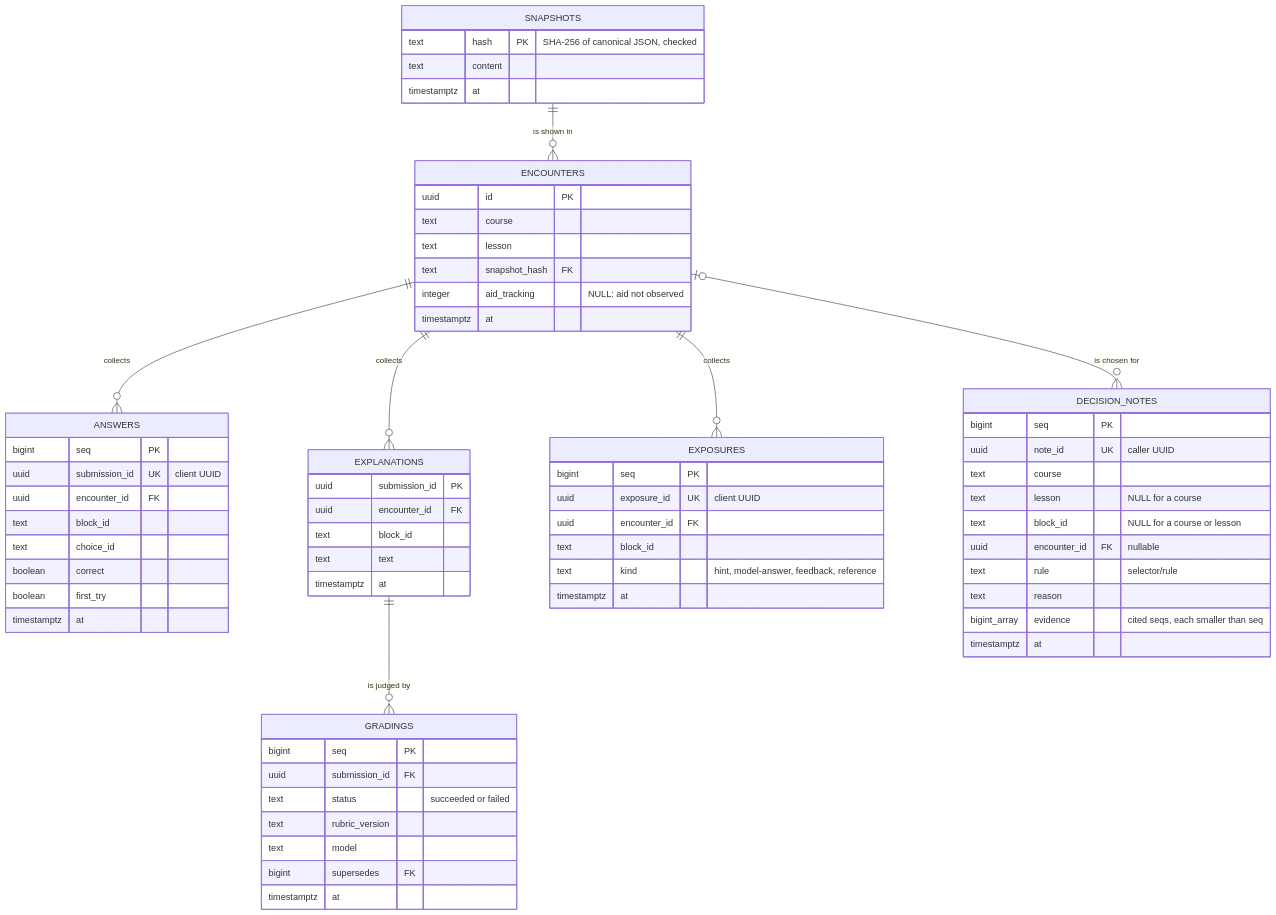
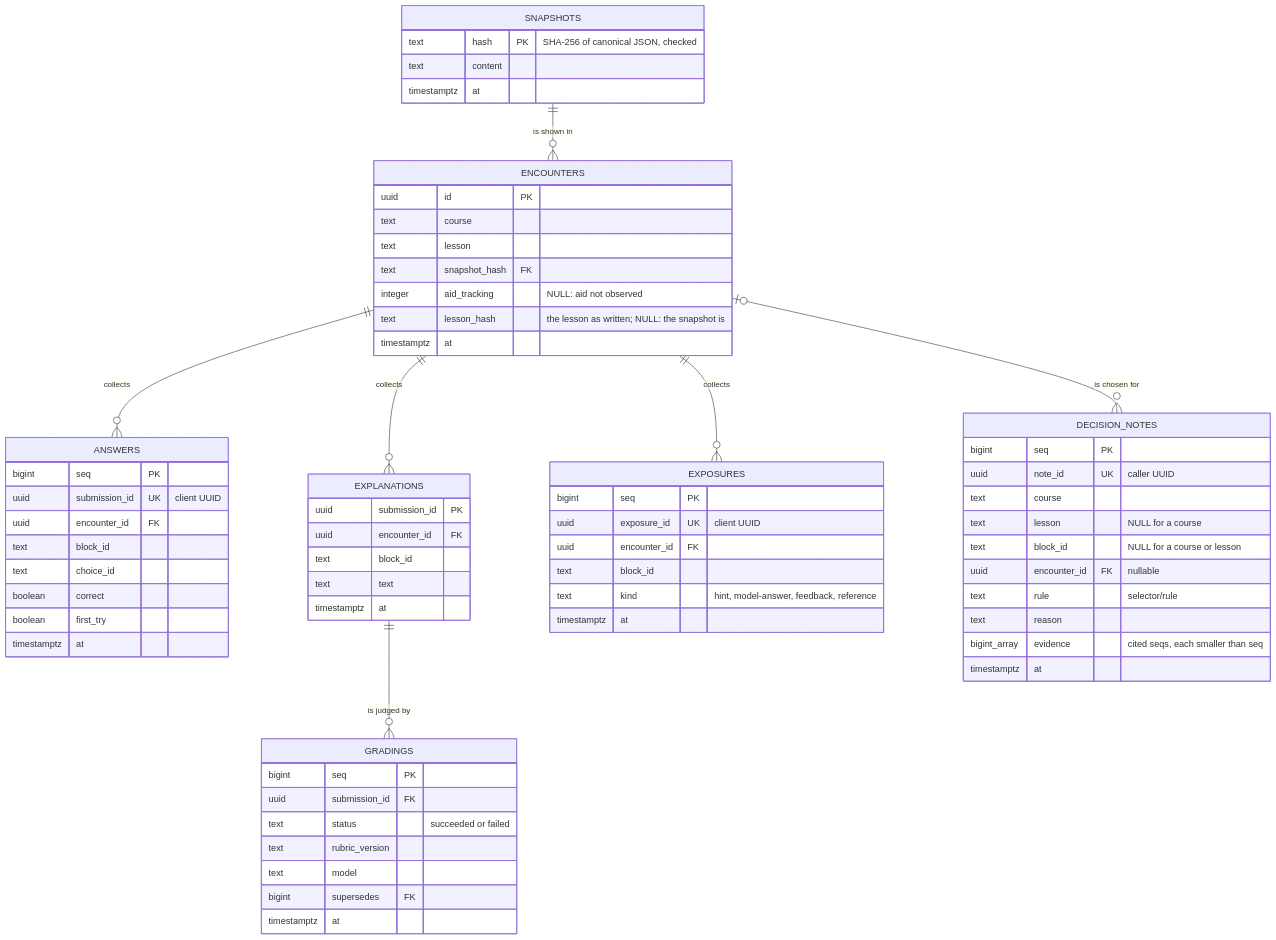
Before and after one commit to flyingrobots/school: the second of 3 diagrams in docs/topics/architecture/README.md, drawn with Mermaid. The commit also changed other lines of this file and 24 other files, not shown here.

````diff
--- a/docs/topics/architecture/README.md
+++ b/docs/topics/architecture/README.md
@@ -171,68 +180,69 @@
 ```mermaid
 erDiagram
     SNAPSHOTS ||--o{ ENCOUNTERS : "is shown in"
     ENCOUNTERS ||--o{ ANSWERS : "collects"
     ENCOUNTERS ||--o{ EXPLANATIONS : "collects"
     ENCOUNTERS ||--o{ EXPOSURES : "collects"
     EXPLANATIONS ||--o{ GRADINGS : "is judged by"
     SNAPSHOTS {
         text hash PK "SHA-256 of canonical JSON, checked"
         text content
         timestamptz at
     }
     ENCOUNTERS {
         uuid id PK
         text course
         text lesson
         text snapshot_hash FK
         integer aid_tracking "NULL: aid not observed"
+        text lesson_hash "the lesson as written; NULL: the snapshot is"
         timestamptz at
     }
     ANSWERS {
         bigint seq PK
         uuid submission_id UK "client UUID"
         uuid encounter_id FK
         text block_id
         text choice_id
         boolean correct
         boolean first_try
         timestamptz at
     }
     EXPLANATIONS {
         uuid submission_id PK
         uuid encounter_id FK
         text block_id
         text text
         timestamptz at
     }
     GRADINGS {
         bigint seq PK
         uuid submission_id FK
         text status "succeeded or failed"
         text rubric_version
         text model
         bigint supersedes FK
         timestamptz at
     }
     EXPOSURES {
         bigint seq PK
         uuid exposure_id UK "client UUID"
         uuid encounter_id FK
         text block_id
         text kind "hint, model-answer, feedback, reference"
         timestamptz at
     }
     ENCOUNTERS |o--o{ DECISION_NOTES : "is chosen for"
     DECISION_NOTES {
         bigint seq PK
         uuid note_id UK "caller UUID"
         text course
         text lesson "NULL for a course"
         text block_id "NULL for a course or lesson"
         uuid encounter_id FK "nullable"
         text rule "selector/rule"
         text reason
         bigint_array evidence "cited seqs, each smaller than seq"
         timestamptz at
     }
 ```
````
